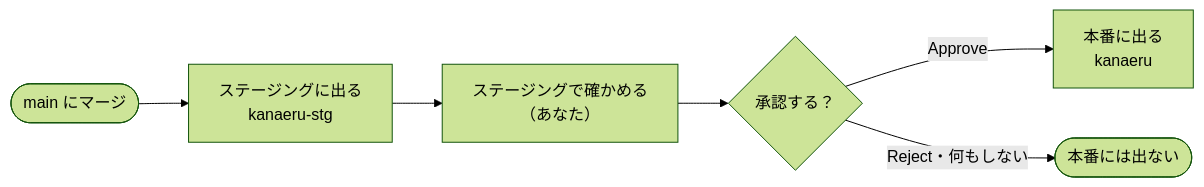
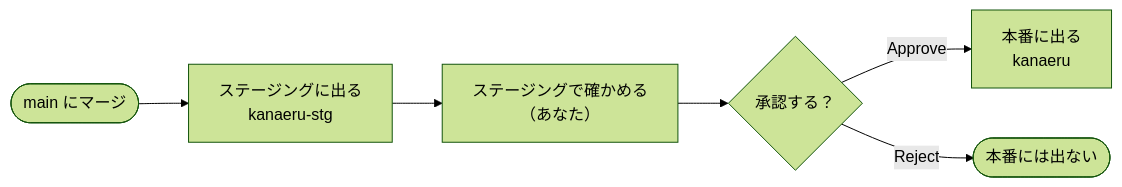
The second of 2 diagrams in docs/release-guide.md (takumi-okuya-dev/kanaeru-apps), drawn with Mermaid (forest theme) before and after one commit. The commit also changed other lines of this file and 15 other files, not shown here.

````diff
--- a/docs/release-guide.md
+++ b/docs/release-guide.md
@@ -30,8 +30,8 @@
 ```mermaid
 flowchart LR
   merge([main にマージ]) --> stg[ステージングに出る<br/>kanaeru-stg]
   stg --> check[ステージングで確かめる<br/>（あなた）]
   check --> approve{承認する？}
   approve -- Approve --> prod[本番に出る<br/>kanaeru]
-  approve -- Reject・何もしない --> stop([本番には出ない])
+  approve -- Reject --> stop([本番には出ない])
 ```
````
